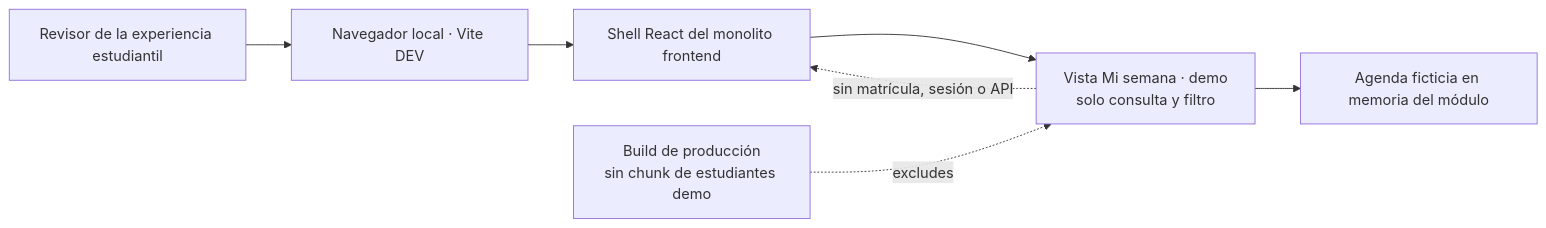
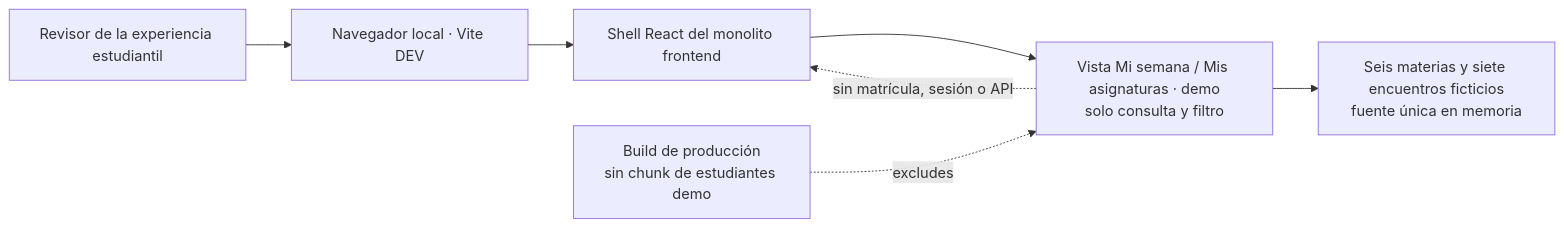
One commit to jdsalasca/open-university-backend changed the diagram in docs/superpowers/specs/2026-10-02-student-academic-week-preview-design.md. Above: the diagram before and after it, drawn with Mermaid. The commit also changed other lines of this file and 4 other files, not shown here.

````diff
--- a/docs/superpowers/specs/2026-10-02-student-academic-week-preview-design.md
+++ b/docs/superpowers/specs/2026-10-02-student-academic-week-preview-design.md
@@ -38,13 +42,13 @@
 ```mermaid
 flowchart LR
   Student[Revisor de la experiencia estudiantil]
   Browser[Navegador local · Vite DEV]
   App[Shell React del monolito frontend]
-  Demo[Vista Mi semana · demo\nsolo consulta y filtro]
-  Fixtures[Agenda ficticia en memoria del módulo]
+  Demo[Vista Mi semana / Mis asignaturas · demo\nsolo consulta y filtro]
+  Fixtures[Seis materias y siete encuentros ficticios\nfuente única en memoria]
   Production[Build de producción\nsin chunk de estudiantes demo]
 
   Student --> Browser --> App --> Demo --> Fixtures
   Demo -. sin matrícula, sesión o API .-> App
   Production -. excludes .-> Demo
 ```
````
